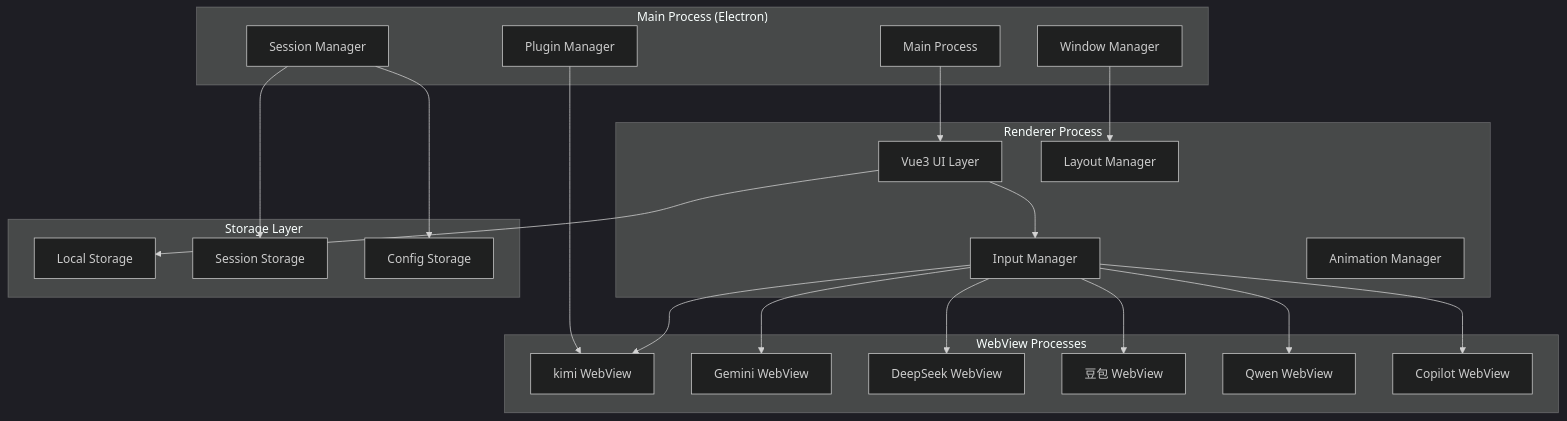
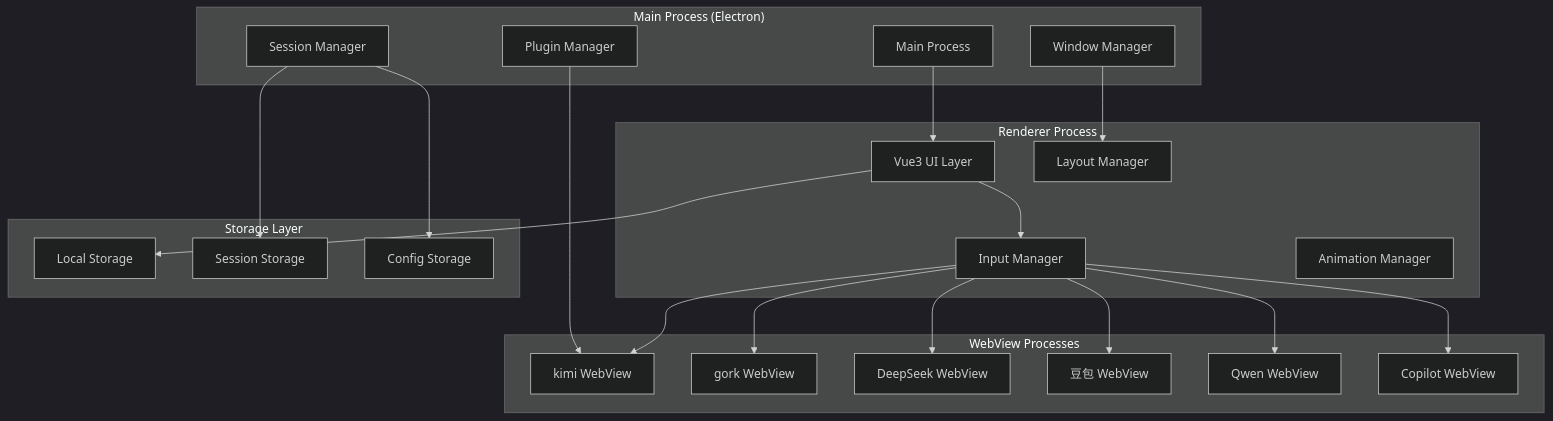
One commit to hqzqaq/chatAllAI2 changed the diagram in .kiro/specs/chat-all-ai/design.md. Above: the diagram before and after it, drawn with Mermaid (dark theme). The commit also changed other lines of this file and 11 other files, not shown here.

````diff
--- a/.kiro/specs/chat-all-ai/design.md
+++ b/.kiro/specs/chat-all-ai/design.md
@@ -17,47 +17,47 @@
 ```mermaid
 graph TB
     subgraph "Main Process (Electron)"
         MP[Main Process]
         SM[Session Manager]
         WM[Window Manager]
         PM[Plugin Manager]
     end
     
     subgraph "Renderer Process"
         UI[Vue3 UI Layer]
         IM[Input Manager]
         LM[Layout Manager]
         AM[Animation Manager]
     end
     
     subgraph "WebView Processes"
         WV1[kimi WebView]
-        WV2[Gemini WebView]
+        WV2[gork WebView]
         WV3[DeepSeek WebView]
         WV4[豆包 WebView]
         WV5[Qwen WebView]
         WV6[Copilot WebView]
     end
     
     subgraph "Storage Layer"
         LS[Local Storage]
         SS[Session Storage]
         CS[Config Storage]
     end
     
     MP --> UI
     UI --> IM
     IM --> WV1
     IM --> WV2
     IM --> WV3
     IM --> WV4
     IM --> WV5
     IM --> WV6
     
     SM --> SS
     WM --> LM
     PM --> WV1
     
     UI --> LS
     SM --> CS
 ```
````
